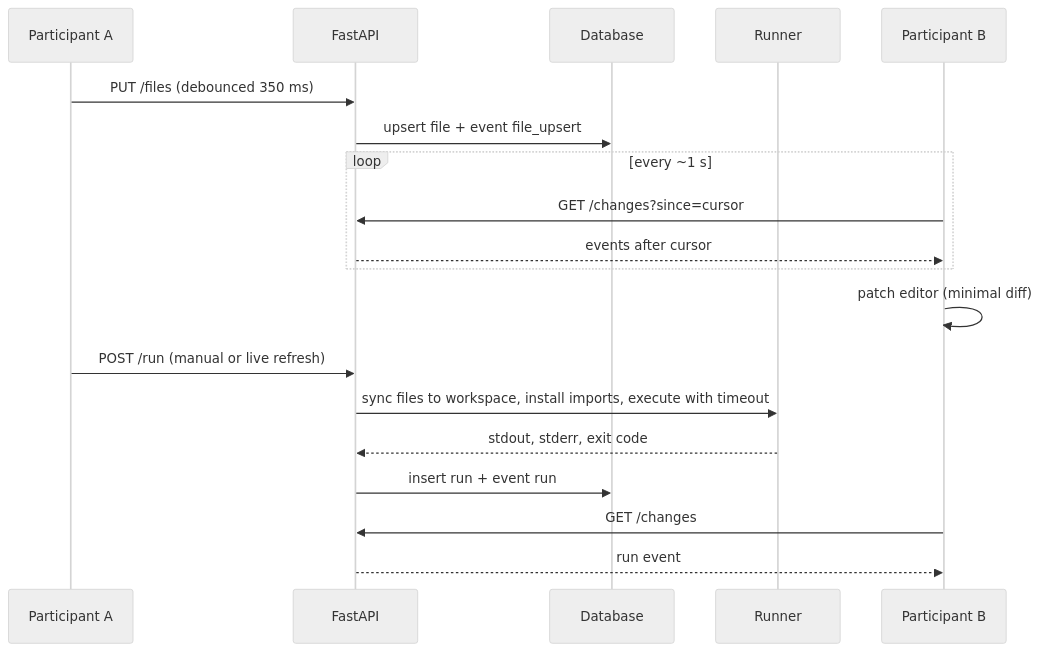
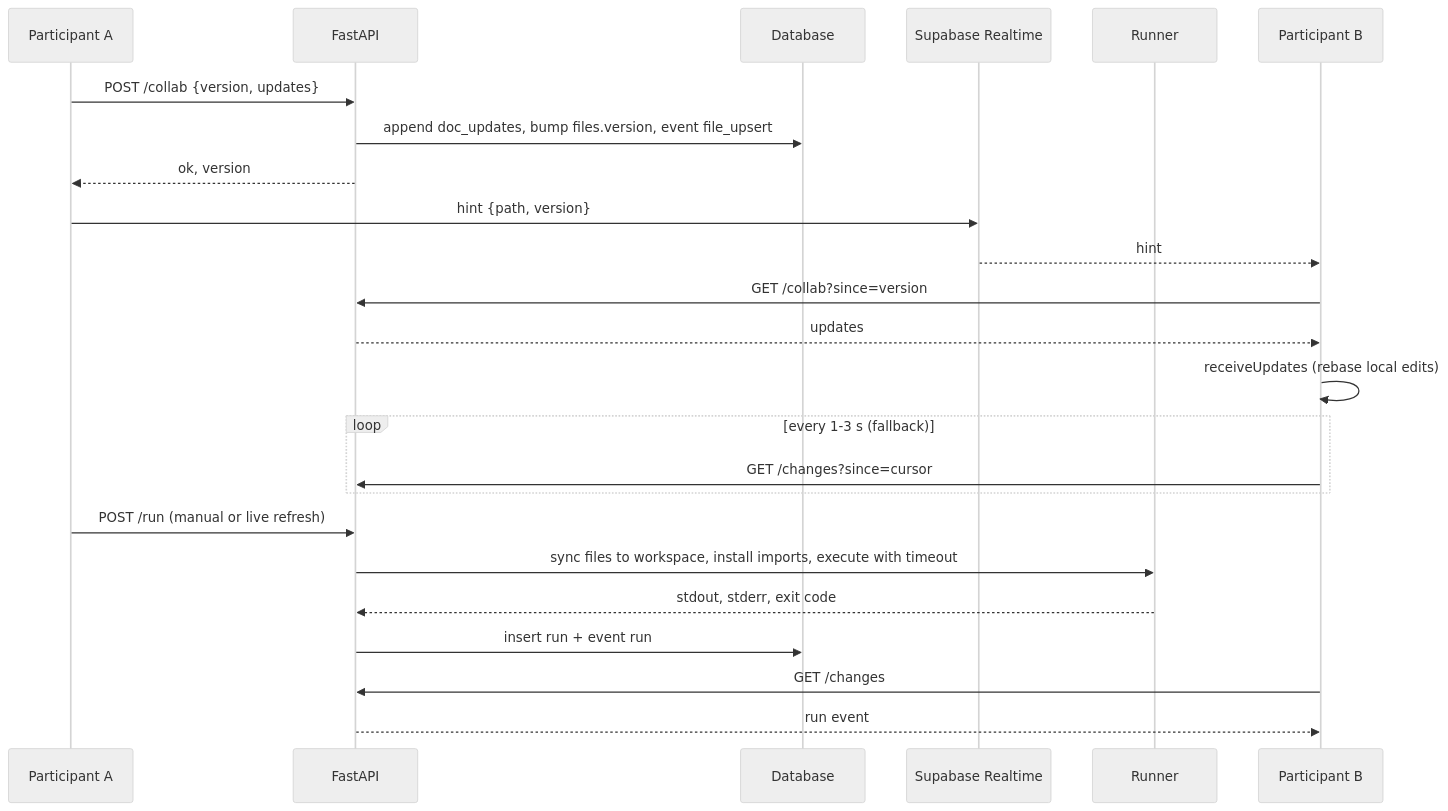
The fifth of 5 diagrams in docs/architecture.md (levensailor/watchmecode.live), drawn with Mermaid (neutral theme) before and after one commit. The commit also changed other lines of this file and 19 other files, not shown here.

First line of the commit message:
feat: co-edit with @codemirror/collab and Supabase Realtime so interviewer and candidate can type on the same line without losing edits and see each other's cursors live.

````diff
--- a/docs/architecture.md
+++ b/docs/architecture.md
@@ -104,21 +120,26 @@
 ```mermaid
 sequenceDiagram
   participant A as Participant A
   participant API as FastAPI
   participant DB as Database
+  participant RT as Supabase Realtime
   participant R as Runner
   participant B as Participant B
-  A->>API: PUT /files (debounced 350 ms)
-  API->>DB: upsert file + event file_upsert
-  loop every ~1 s
+  A->>API: POST /collab {version, updates}
+  API->>DB: append doc_updates, bump files.version, event file_upsert
+  API-->>A: ok, version
+  A->>RT: hint {path, version}
+  RT-->>B: hint
+  B->>API: GET /collab?since=version
+  API-->>B: updates
+  B->>B: receiveUpdates (rebase local edits)
+  loop every 1-3 s (fallback)
     B->>API: GET /changes?since=cursor
-    API-->>B: events after cursor
   end
-  B->>B: patch editor (minimal diff)
   A->>API: POST /run (manual or live refresh)
   API->>R: sync files to workspace, install imports, execute with timeout
   R-->>API: stdout, stderr, exit code
   API->>DB: insert run + event run
   B->>API: GET /changes
   API-->>B: run event
 ```
````
